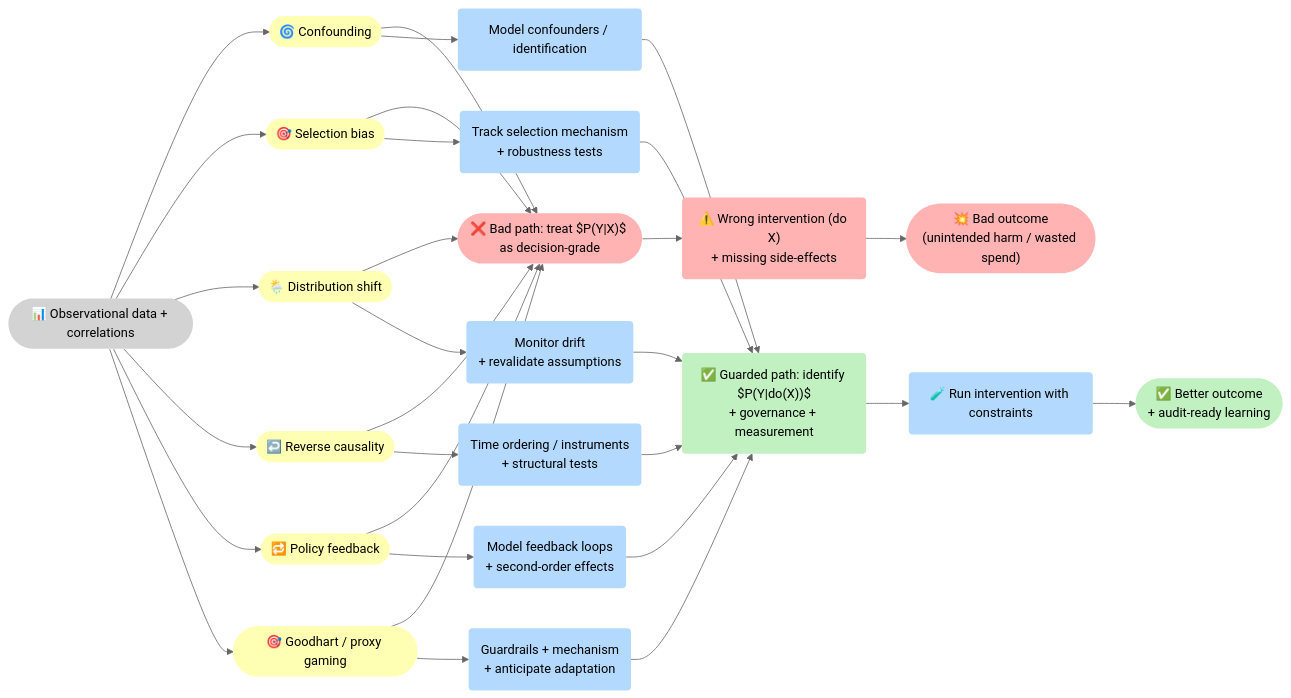
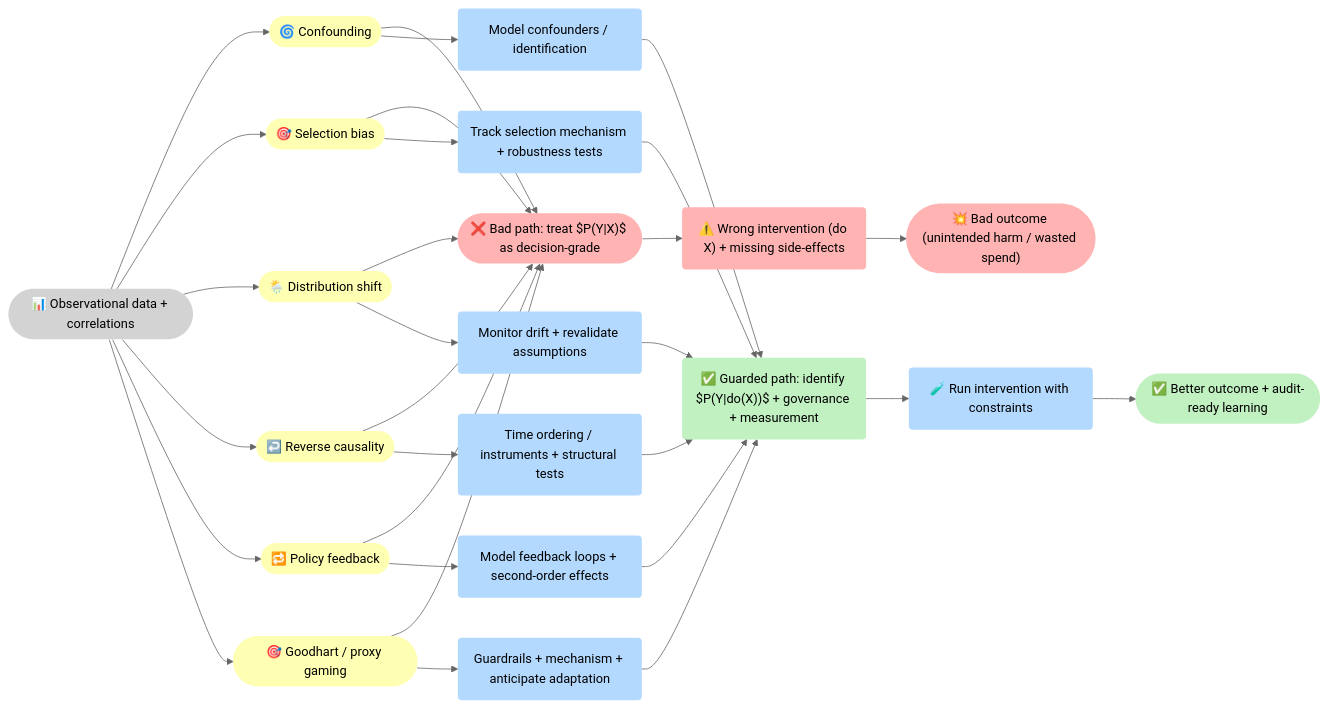
One commit to 5Reasons/5reasons.github.io changed the fourth of 4 diagrams in docs/philosophy/correlation-vs-causality.md. Above: the diagram before and after it, drawn with Mermaid (neutral theme). The commit also changed 5 other files, not shown here.

Commit message:
Refactor diagrams and images in philosophy documents for consistency: update flowchart direction, consolidate text, and adjust image placements across multiple files.

````diff
--- a/docs/philosophy/correlation-vs-causality.md
+++ b/docs/philosophy/correlation-vs-causality.md
@@ -150,65 +146,65 @@
 ```mermaid
 flowchart LR
 %% Styles (brModel Standard)
 classDef i fill:#D3D3D3,stroke-width:0px,color:#000;
 classDef p fill:#B3D9FF,stroke-width:0px,color:#000;
 classDef r fill:#FFFFB3,stroke-width:0px,color:#000;
 classDef o fill:#C1F0C1,stroke-width:0px,color:#000;
 classDef s fill:#FFB3B3,stroke-width:0px,color:#000;
 
 I_Obs(["📊 Observational data + correlations"]):::i
 
 R_T1(["🌀 Confounding"]):::r
 R_T2(["🎯 Selection bias"]):::r
 R_T3(["🌦️ Distribution shift"]):::r
 R_T4(["↩️ Reverse causality"]):::r
 R_T5(["🔁 Policy feedback"]):::r
 R_T6(["🎯 Goodhart / proxy gaming"]):::r
 
 R_Bad(["❌ Bad path: treat $P(Y|X)$ as decision-grade"]):::s
-P_Wrong("⚠️ Wrong intervention (do X)\n+ missing side-effects"):::s
-S_Harm(["💥 Bad outcome\n(unintended harm / wasted spend)"]):::s
+P_Wrong("⚠️ Wrong intervention (do X) + missing side-effects"):::s
+S_Harm(["💥 Bad outcome (unintended harm / wasted spend)"]):::s
 
 P_F1("Model confounders / identification"):::p
-P_F2("Track selection mechanism\n+ robustness tests"):::p
-P_F3("Monitor drift\n+ revalidate assumptions"):::p
-P_F4("Time ordering / instruments\n+ structural tests"):::p
-P_F5("Model feedback loops\n+ second-order effects"):::p
-P_F6("Guardrails + mechanism\n+ anticipate adaptation"):::p
+P_F2("Track selection mechanism + robustness tests"):::p
+P_F3("Monitor drift + revalidate assumptions"):::p
+P_F4("Time ordering / instruments + structural tests"):::p
+P_F5("Model feedback loops + second-order effects"):::p
+P_F6("Guardrails + mechanism + anticipate adaptation"):::p
 
-P_Good("✅ Guarded path: identify $P(Y|do(X))$\n+ governance + measurement"):::o
+P_Good("✅ Guarded path: identify $P(Y|do(X))$ + governance + measurement"):::o
 P_Do("🧪 Run intervention with constraints"):::p
-O_Value(["✅ Better outcome\n+ audit-ready learning"]):::o
+O_Value(["✅ Better outcome + audit-ready learning"]):::o
 
 I_Obs --> R_T1
 I_Obs --> R_T2
 I_Obs --> R_T3
 I_Obs --> R_T4
 I_Obs --> R_T5
 I_Obs --> R_T6
 
 R_T1 --> R_Bad
 R_T2 --> R_Bad
 R_T3 --> R_Bad
 R_T4 --> R_Bad
 R_T5 --> R_Bad
 R_T6 --> R_Bad
 
 R_Bad --> P_Wrong --> S_Harm
 
 R_T1 --> P_F1 --> P_Good
 R_T2 --> P_F2 --> P_Good
 R_T3 --> P_F3 --> P_Good
 R_T4 --> P_F4 --> P_Good
 R_T5 --> P_F5 --> P_Good
 R_T6 --> P_F6 --> P_Good
 
 P_Good --> P_Do --> O_Value
 
 %% Clickable nodes
 click P_Good "/methodology/causalgraphrag/" "CausalGraphRAG"
 click P_F1 "/methodology/core-primitives/" "Core primitives"
 click P_F5 "/philosophy/ai-agent-vs-agentic-ai/" "Agent vs agentic"
 click P_F6 "/reasoners/governance/" "Governance"
 click P_Do "/methodology/constraints/" "Constraints & SHACL"
 ```
````
